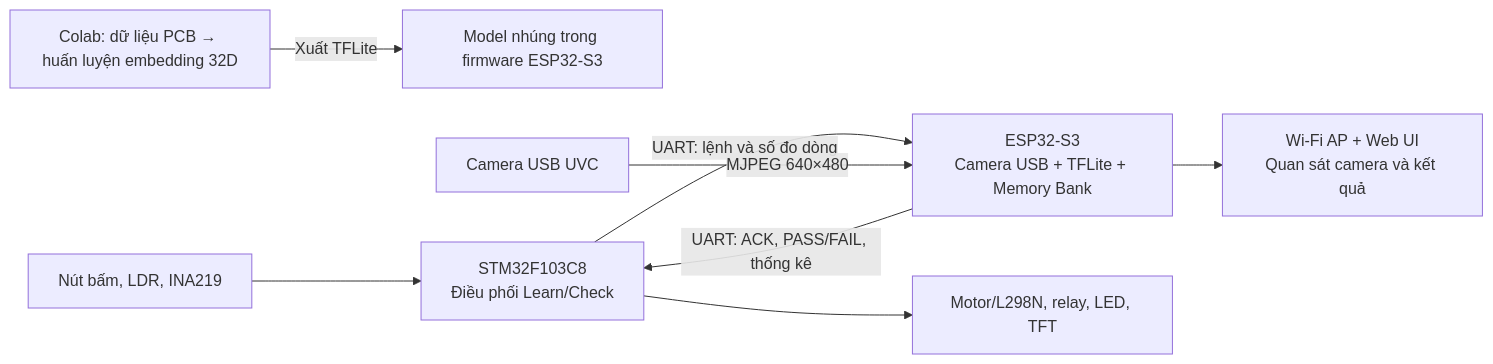
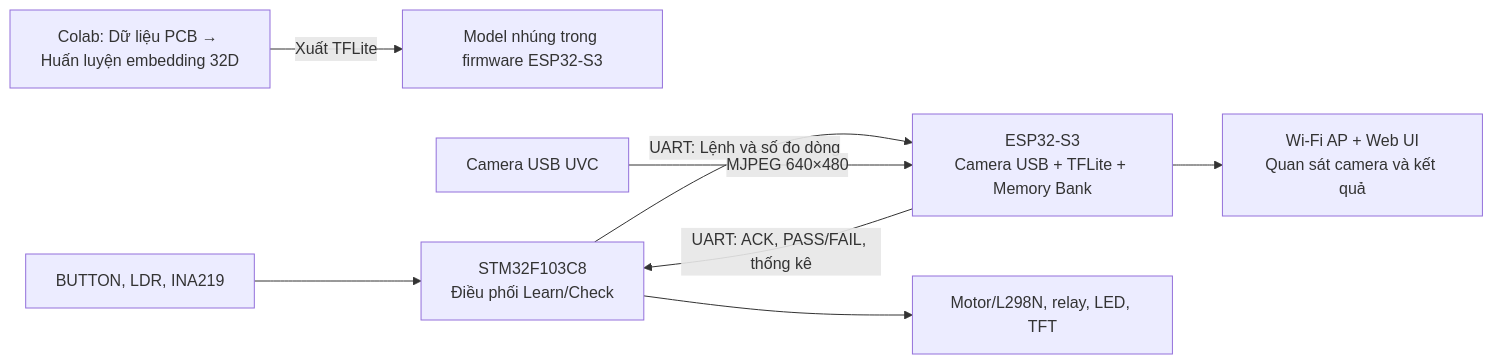
The diagram in 22_10_2026_Vong_BK/README.md (D23-VEDDC/Bao_cao_Pham_Quoc_Anh), drawn with Mermaid before and after one commit. The commit also changed other lines of this file, not shown here.

Commit message:
VEDC PCB inspection system

````diff
--- a/22_10_2026_Vong_BK/README.md
+++ b/22_10_2026_Vong_BK/README.md
@@ -47,10 +47,10 @@
 ```mermaid
 flowchart LR
-    N[Colab: dữ liệu PCB → huấn luyện embedding 32D] -->|Xuất TFLite| M[Model nhúng trong firmware ESP32-S3]
-    B[Nút bấm, LDR, INA219] --> S[STM32F103C8<br/>Điều phối Learn/Check]
-    S -->|UART: lệnh và số đo dòng| E[ESP32-S3<br/>Camera USB + TFLite + Memory Bank]
+    N[Colab: Dữ liệu PCB → Huấn luyện embedding 32D] -->|Xuất TFLite| M[Model nhúng trong firmware ESP32-S3]
+    B[BUTTON, LDR, INA219] --> S[STM32F103C8<br/>Điều phối Learn/Check]
+    S -->|UART: Lệnh và số đo dòng| E[ESP32-S3<br/>Camera USB + TFLite + Memory Bank]
     C[Camera USB UVC] -->|MJPEG 640×480| E
     E -->|UART: ACK, PASS/FAIL, thống kê| S
     S --> H[Motor/L298N, relay, LED, TFT]
     E --> W[Wi-Fi AP + Web UI<br/>Quan sát camera và kết quả]
 ```
````
